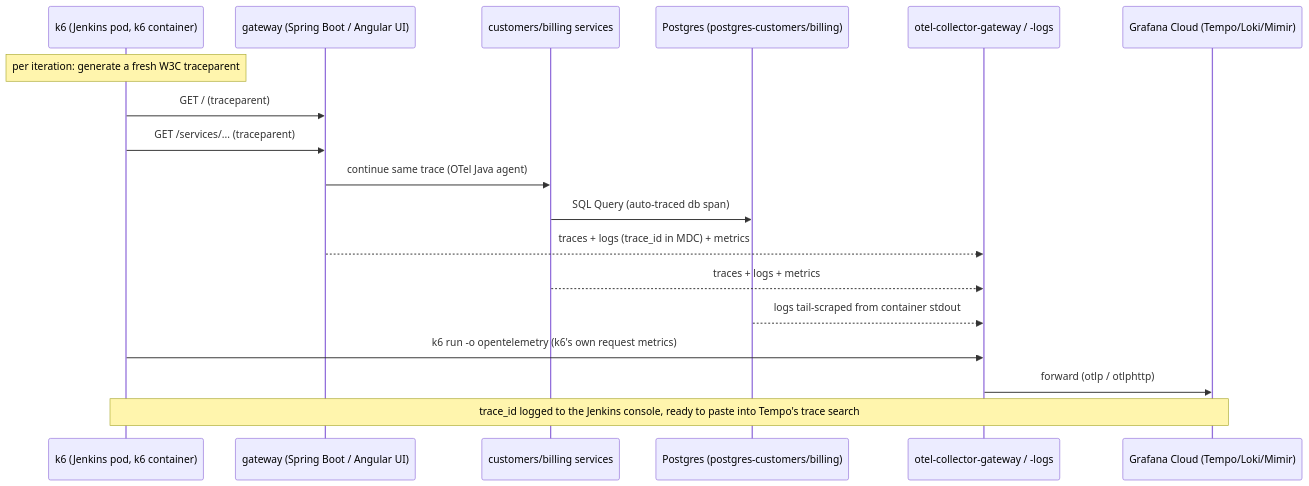
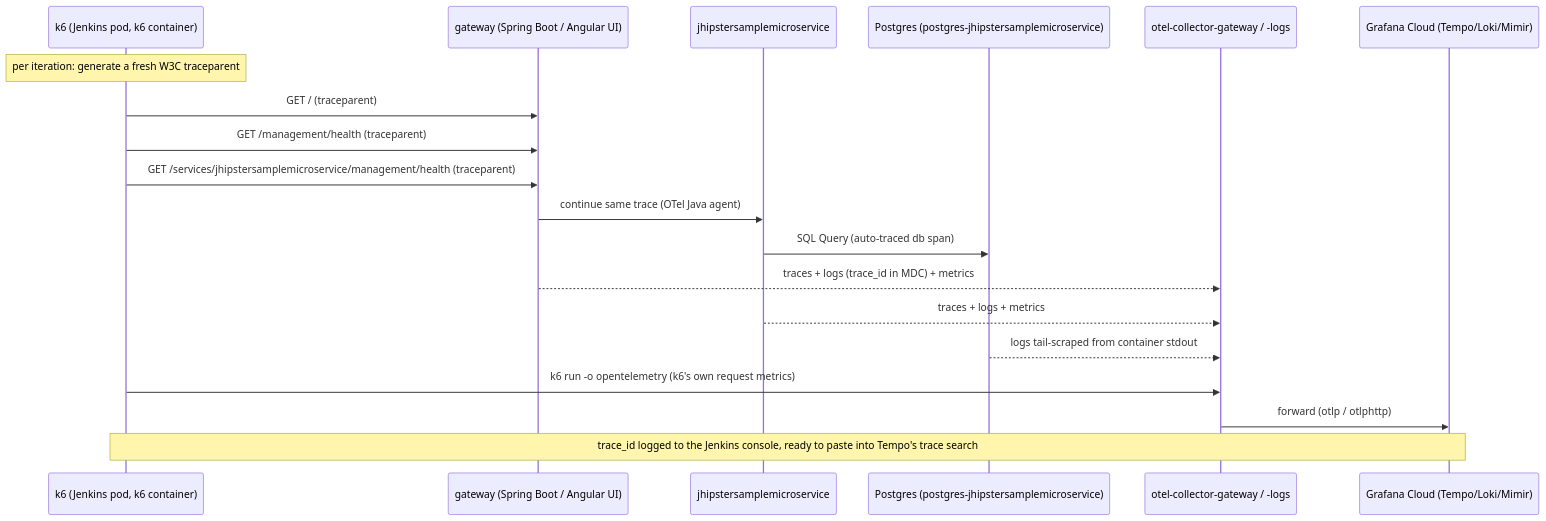
One commit to nubenetes/jenkins-2026 changed the fifth of 5 diagrams in README.md. Above: the diagram before and after it, drawn with Mermaid. The commit also changed other lines of this file and 3 other files, not shown here.

Commit message:
docs/ops: update README, architecture, and pgAdmin values to reflect new JHipster gateway and microservice architecture

````diff
--- a/README.md
+++ b/README.md
@@ -618,21 +607,22 @@
 ```mermaid
 sequenceDiagram
     participant K6 as k6 (Jenkins pod, k6 container)
     participant GW as gateway (Spring Boot / Angular UI)
-    participant SVC as customers/billing services
-    participant DB as Postgres (postgres-customers/billing)
+    participant SVC as jhipstersamplemicroservice
+    participant DB as Postgres (postgres-jhipstersamplemicroservice)
     participant OTel as otel-collector-gateway / -logs
     participant Grafana as Grafana Cloud (Tempo/Loki/Mimir)
 
     Note over K6: per iteration: generate a fresh W3C traceparent
     K6->>GW: GET / (traceparent)
-    K6->>GW: GET /services/... (traceparent)
+    K6->>GW: GET /management/health (traceparent)
+    K6->>GW: GET /services/jhipstersamplemicroservice/management/health (traceparent)
     GW->>SVC: continue same trace (OTel Java agent)
     SVC->>DB: SQL Query (auto-traced db span)
     GW-->>OTel: traces + logs (trace_id in MDC) + metrics
     SVC-->>OTel: traces + logs + metrics
     DB-->>OTel: logs tail-scraped from container stdout
     K6->>OTel: k6 run -o opentelemetry (k6's own request metrics)
     OTel->>Grafana: forward (otlp / otlphttp)
     Note over K6,Grafana: trace_id logged to the Jenkins console, ready to paste into Tempo's trace search
 ```
````
